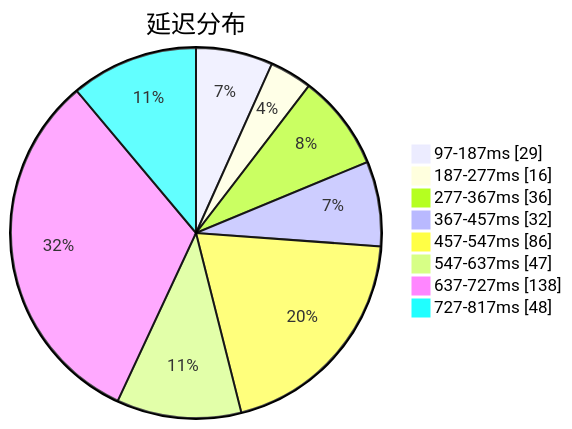
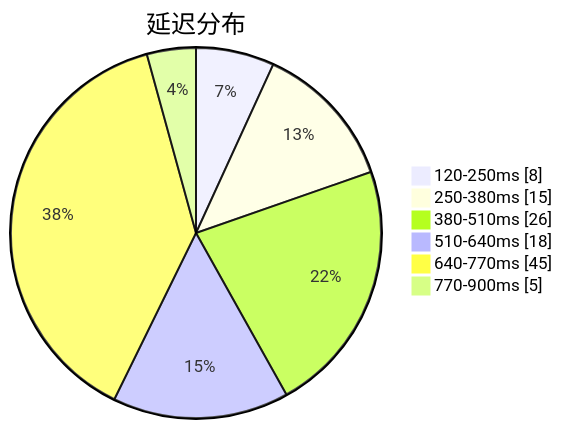
The first of 3 diagrams in subs/statistics/tested_within.md (sinspired/airport), drawn with Mermaid before and after one commit. The commit also changed other lines of this file and 2 other files, not shown here.

````diff
--- a/subs/statistics/tested_within.md
+++ b/subs/statistics/tested_within.md
@@ -2,12 +2,10 @@
 ```mermaid
 pie showData
 title 延迟分布
-"97-187ms" : 29
-"187-277ms" : 16
-"277-367ms" : 36
-"367-457ms" : 32
-"457-547ms" : 86
-"547-637ms" : 47
-"637-727ms" : 138
-"727-817ms" : 48
+"120-250ms" : 8
+"250-380ms" : 15
+"380-510ms" : 26
+"510-640ms" : 18
+"640-770ms" : 45
+"770-900ms" : 5
 ```
````
